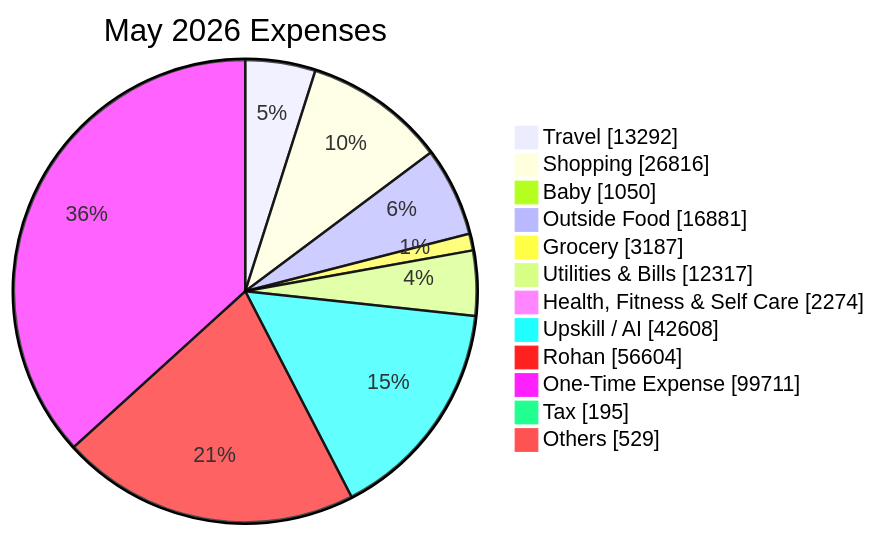
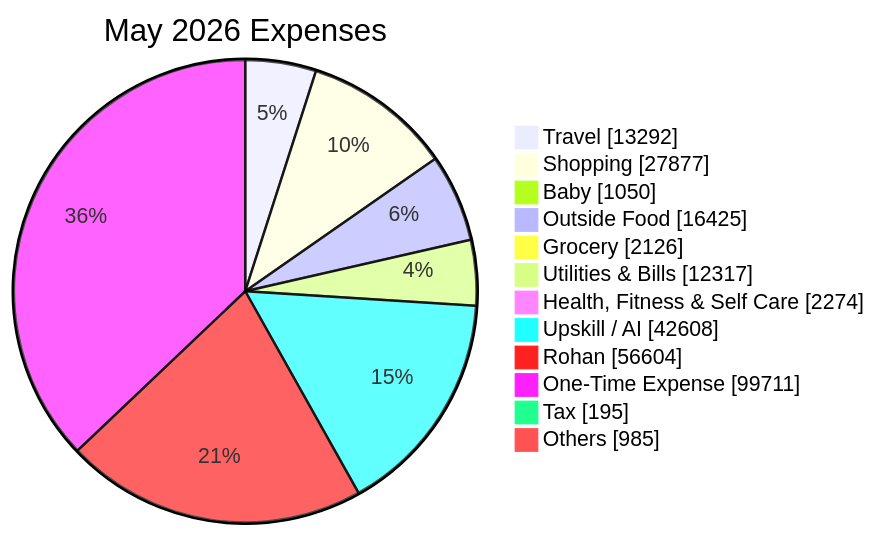
The second of 2 diagrams in reports/2026-05.md (sachin-hg/expense-reporter), drawn with Mermaid before and after one commit. The commit also changed other lines of this file and 11 other files, not shown here.

First line of the commit message:
Exclude investments from main trend chart; add separate investments bar chart

````diff
--- a/reports/2026-05.md
+++ b/reports/2026-05.md
@@ -48,16 +48,16 @@
 ```mermaid
 pie showData
     title May 2026 Expenses
     "Travel" : 13292
-    "Shopping" : 26816
+    "Shopping" : 27877
     "Baby" : 1050
-    "Outside Food" : 16881
-    "Grocery" : 3187
+    "Outside Food" : 16425
+    "Grocery" : 2126
     "Utilities & Bills" : 12317
     "Health, Fitness & Self Care" : 2274
     "Upskill / AI" : 42608
     "Rohan" : 56604
     "One-Time Expense" : 99711
     "Tax" : 195
-    "Others" : 529
+    "Others" : 985
 ```
````
